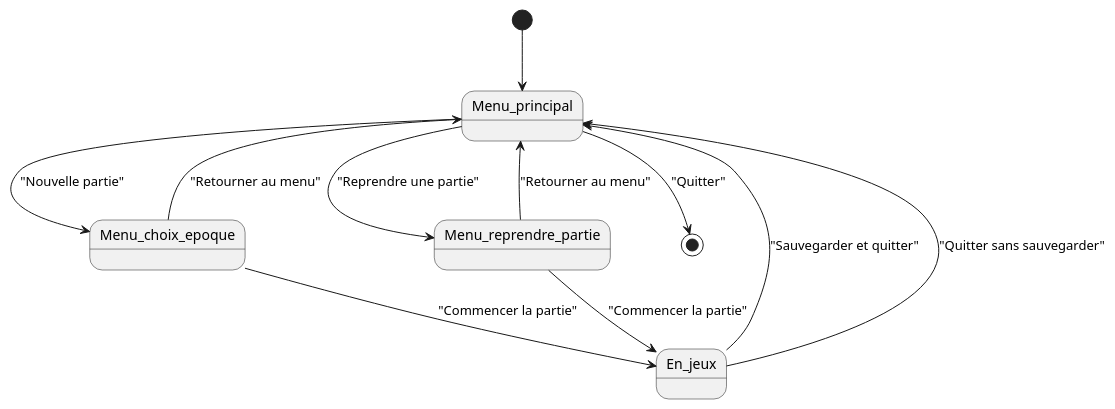
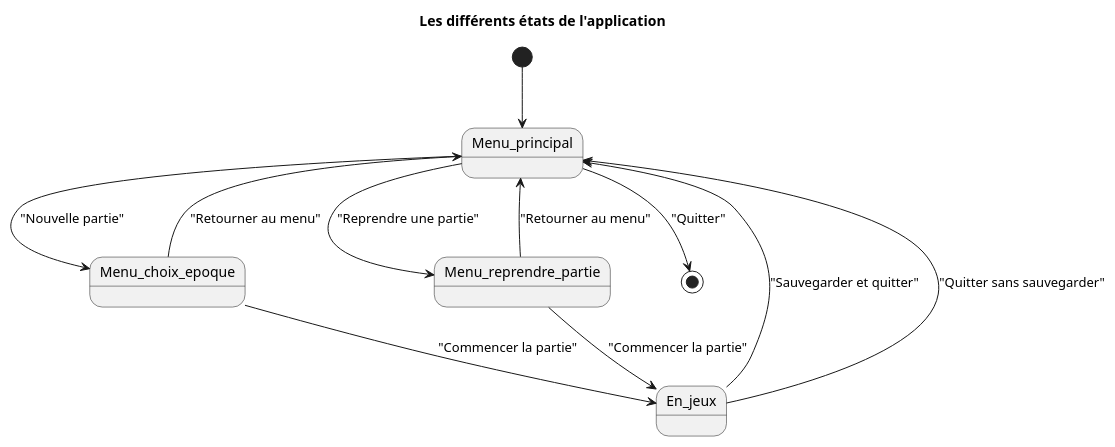
The diagram in conception/diag_etat.plantuml (AntoineCourtil/CAD2018_Laraclette), drawn with PlantUML before and after one commit. The commit also changed 7 other files, not shown here.

```diff
--- a/conception/diag_etat.plantuml
+++ b/conception/diag_etat.plantuml
@@ -1,17 +1,19 @@
 @startuml
+
+title Les différents états de l'application
 
 [*] --> Menu_principal
 Menu_principal --> Menu_choix_epoque : "Nouvelle partie"
 Menu_principal --> Menu_reprendre_partie : "Reprendre une partie"
 Menu_principal --> [*] : "Quitter"
 
 Menu_choix_epoque --> En_jeux : "Commencer la partie"
 Menu_choix_epoque --> Menu_principal : "Retourner au menu"
 
 Menu_reprendre_partie --> En_jeux : "Commencer la partie"
 Menu_reprendre_partie --> Menu_principal : "Retourner au menu"
 
 En_jeux --> Menu_principal : "Sauvegarder et quitter"
 En_jeux --> Menu_principal : "Quitter sans sauvegarder"
 
 @enduml
```
